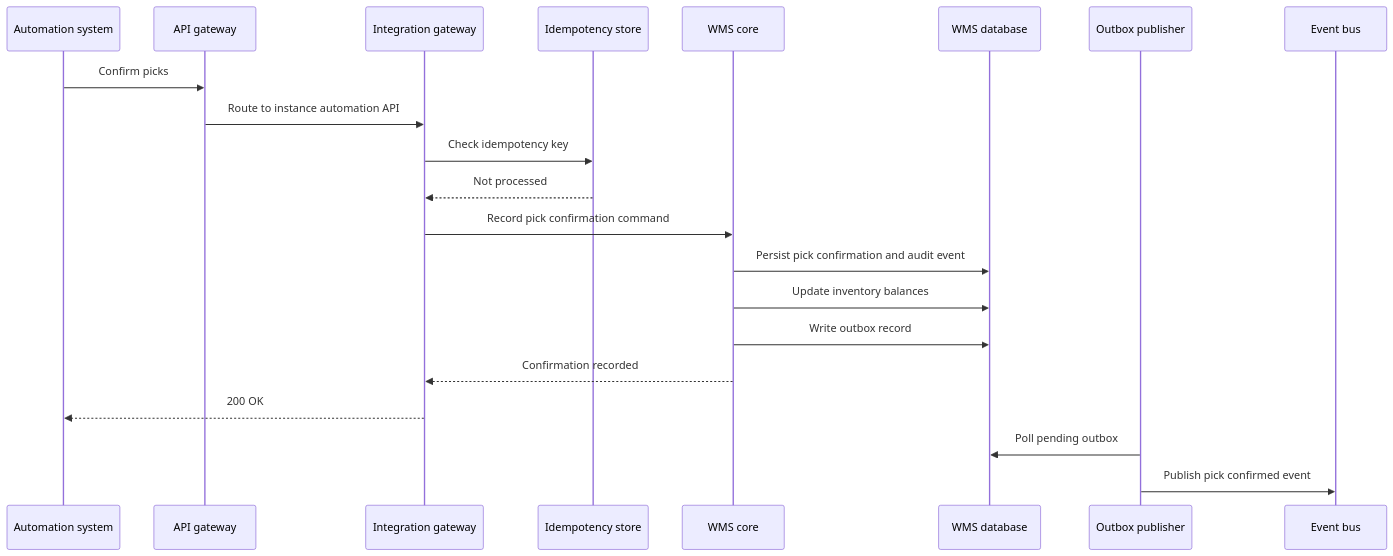
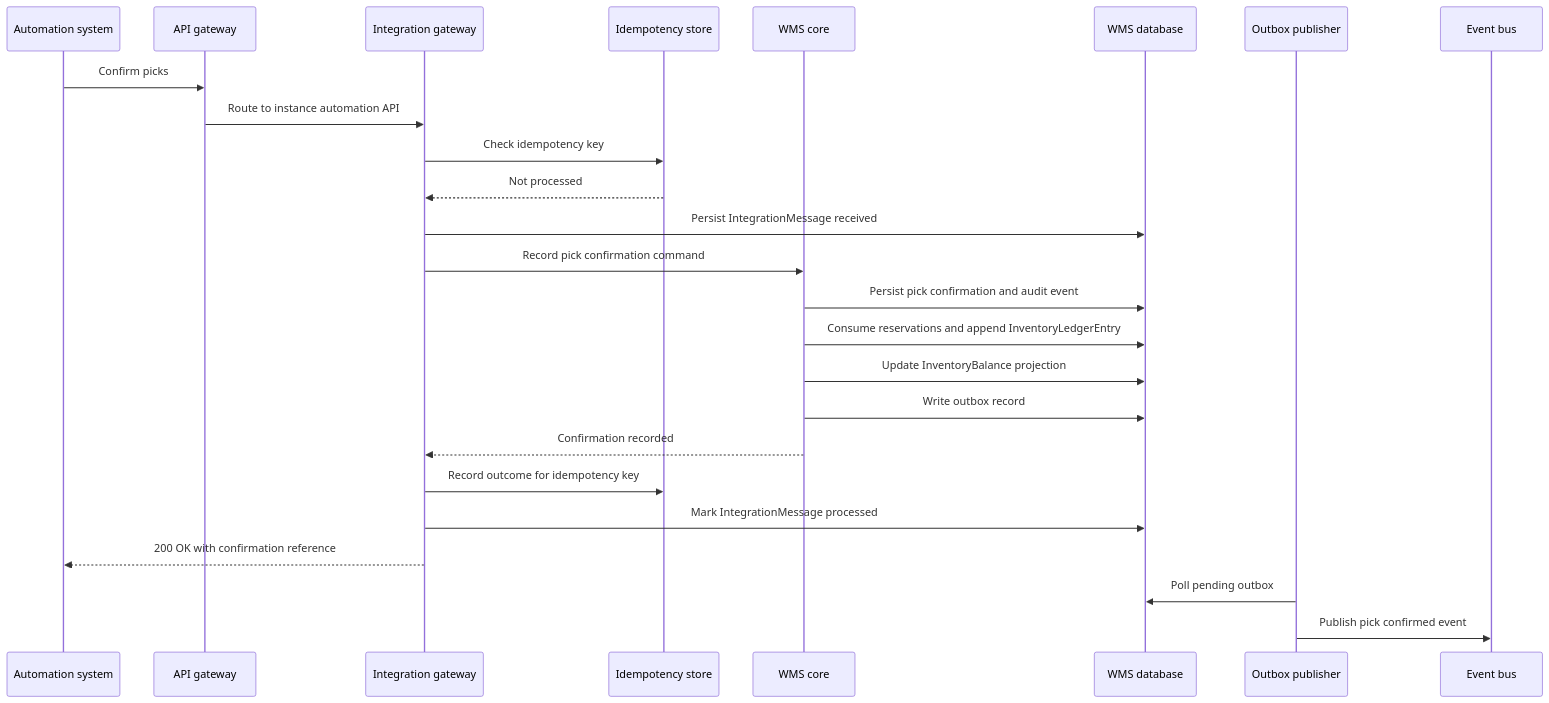
The seventh of 16 diagrams in Design/Architecture.md (otrebmuh/WMS_GPT5_2high), drawn with Mermaid before and after one commit. The commit also changed other lines of this file and 1 other file, not shown here.

````diff
--- a/Design/Architecture.md
+++ b/Design/Architecture.md
@@ -564,24 +565,28 @@
 ```mermaid
 sequenceDiagram
   participant Auto as Automation system
   participant GW as API gateway
   participant Int as Integration gateway
   participant Idem as Idempotency store
   participant Core as WMS core
   participant DB as WMS database
   participant Out as Outbox publisher
   participant Bus as Event bus
 
   Auto->>GW: Confirm picks
   GW->>Int: Route to instance automation API
   Int->>Idem: Check idempotency key
   Idem-->>Int: Not processed
+  Int->>DB: Persist IntegrationMessage received
   Int->>Core: Record pick confirmation command
   Core->>DB: Persist pick confirmation and audit event
-  Core->>DB: Update inventory balances
+  Core->>DB: Consume reservations and append InventoryLedgerEntry
+  Core->>DB: Update InventoryBalance projection
   Core->>DB: Write outbox record
   Core-->>Int: Confirmation recorded
-  Int-->>Auto: 200 OK
+  Int->>Idem: Record outcome for idempotency key
+  Int->>DB: Mark IntegrationMessage processed
+  Int-->>Auto: 200 OK with confirmation reference
   Out->>DB: Poll pending outbox
   Out->>Bus: Publish pick confirmed event
 ```
````
